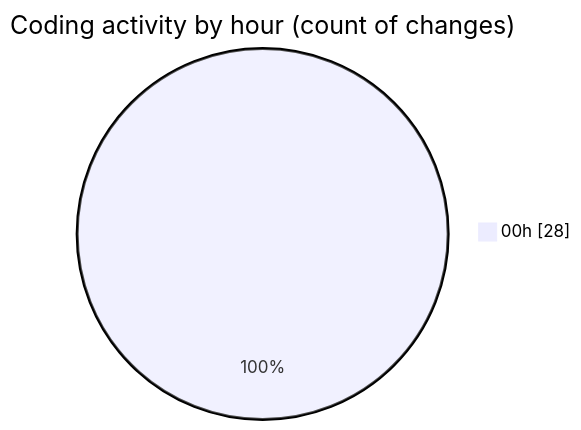
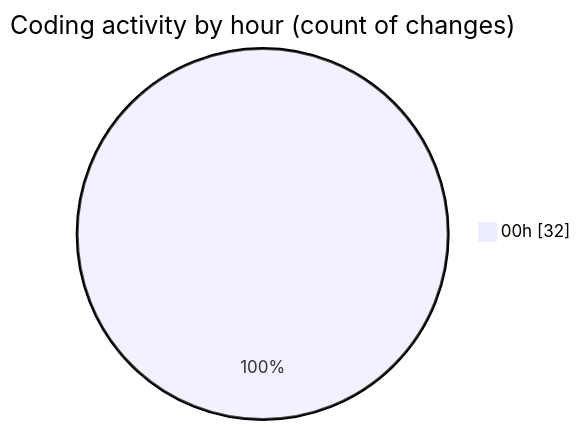
The second of 2 diagrams in 2026-02-21/student_performance_system/README.md (hasnaa123/code-tracking), drawn with Mermaid before and after one commit. The commit also changed other lines of this file and 1 other file, not shown here.

````diff
--- a/2026-02-21/student_performance_system/README.md
+++ b/2026-02-21/student_performance_system/README.md
@@ -28,5 +28,5 @@
 ```mermaid
 pie showData
 title Coding activity by hour (count of changes)
-"00h" : 28
+"00h" : 32
 ```
````
